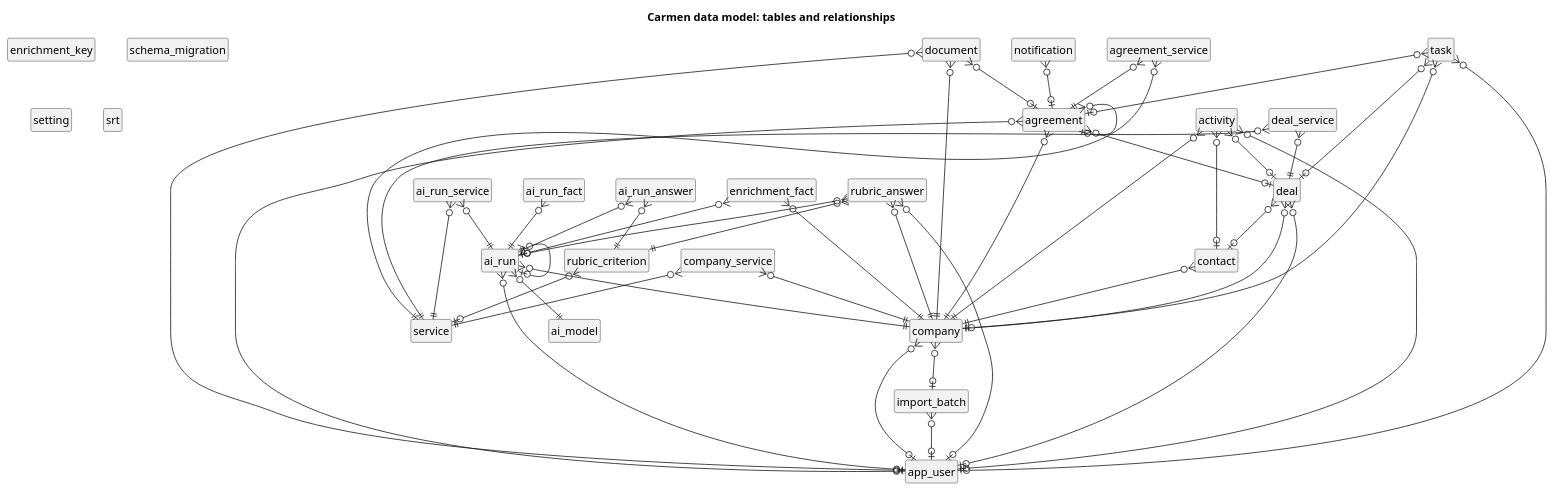
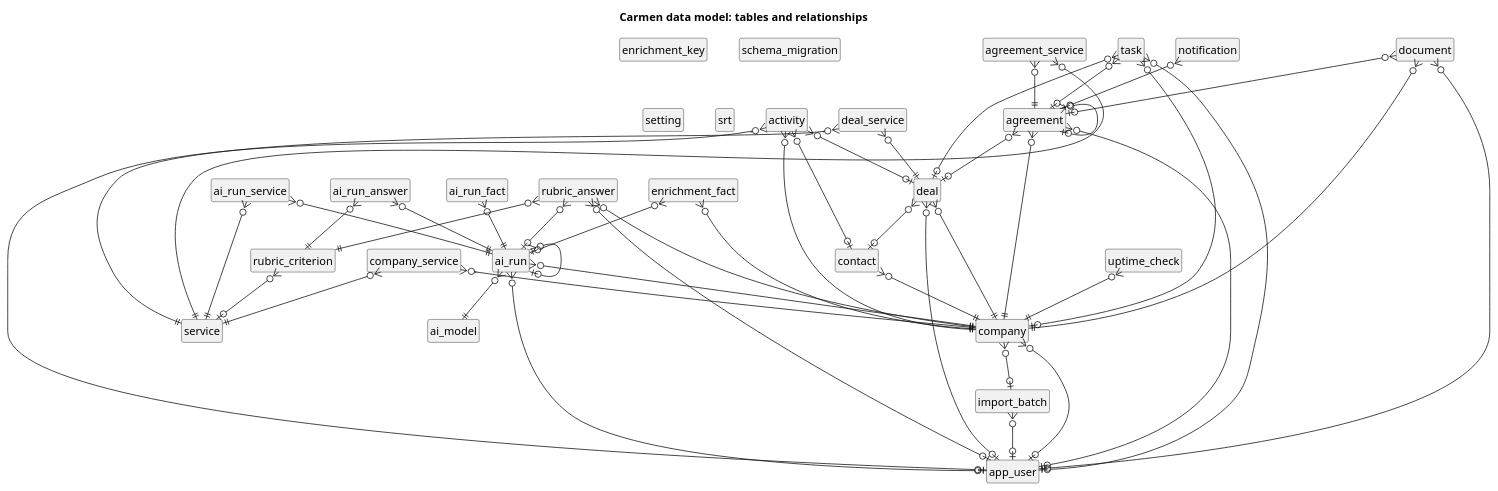
Before and after one commit to andexor/andexor-carmen-main: the diagram in doc/uml/erd-summary.puml, drawn with PlantUML. The commit also changed 5 other files, not shown here.

```diff
--- a/doc/uml/erd-summary.puml
+++ b/doc/uml/erd-summary.puml
@@ -5,80 +5,82 @@
 @startuml erd-summary
 title Carmen data model: tables and relationships
 hide circle
 skinparam nodesep 40
 skinparam ranksep 60
 hide empty members
 
 entity activity
 entity agreement
 entity agreement_service
 entity ai_model
 entity ai_run
 entity ai_run_answer
 entity ai_run_fact
 entity ai_run_service
 entity app_user
 entity company
 entity company_service
 entity contact
 entity deal
 entity deal_service
 entity document
 entity enrichment_fact
 entity enrichment_key
 entity import_batch
 entity notification
 entity rubric_answer
 entity rubric_criterion
 entity schema_migration
 entity service
 entity setting
 entity srt
 entity task
+entity uptime_check
 
 activity }o--o| app_user
 activity }o--o| contact
 activity }o--o| deal
 activity }o--|| company
 agreement }o--o| app_user
 agreement }o--o| agreement
 agreement }o--o| deal
 agreement }o--|| company
 agreement_service }o--|| service
 agreement_service }o--|| agreement
 ai_run }o--o| app_user
 ai_run }o--o| ai_run
 ai_run }o--|| ai_model
 ai_run }o--|| company
 ai_run_answer }o--|| rubric_criterion
 ai_run_answer }o--|| ai_run
 ai_run_fact }o--|| ai_run
 ai_run_service }o--|| service
 ai_run_service }o--|| ai_run
 company }o--o| app_user
 company }o--o| import_batch
 company_service }o--|| service
 company_service }o--|| company
 contact }o--|| company
 deal }o--o| app_user
 deal }o--o| contact
 deal }o--|| company
 deal_service }o--|| service
 deal_service }o--|| deal
 document }o--o| app_user
 document }o--o| agreement
 document }o--|| company
 enrichment_fact }o--o| ai_run
 enrichment_fact }o--|| company
 import_batch }o--o| app_user
 notification }o--o| agreement
 rubric_answer }o--o| app_user
 rubric_answer }o--o| ai_run
 rubric_answer }o--|| rubric_criterion
 rubric_answer }o--|| company
 rubric_criterion }o--o| service
 task }o--o| app_user
 task }o--o| agreement
 task }o--o| deal
 task }o--o| company
+uptime_check }o--|| company
 @enduml
```
